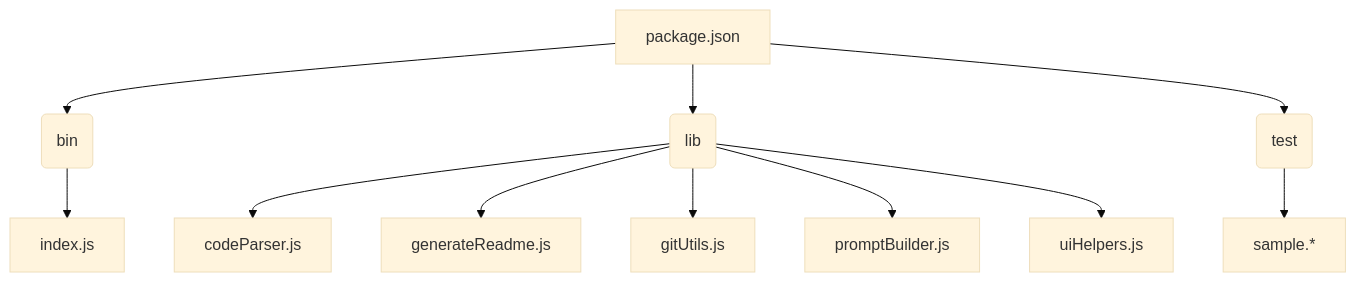
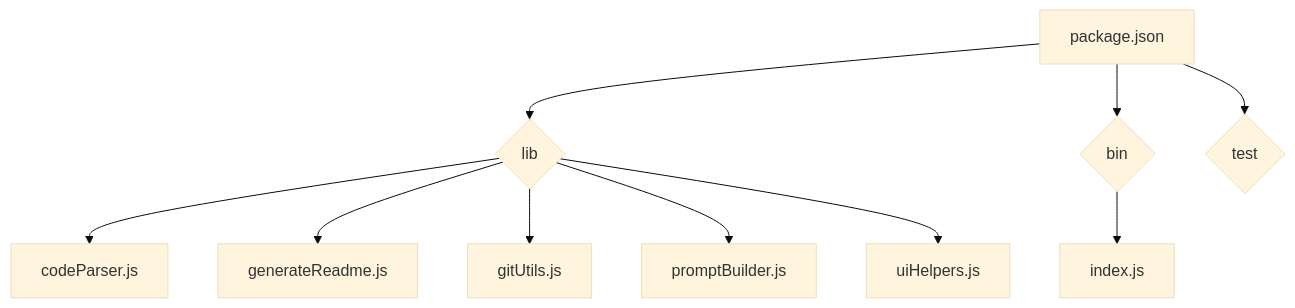
Before and after one commit to PIYUSH1SAINI/ReadMe-wiz: the second of 2 diagrams in README.md, drawn with Mermaid (base theme). The commit also changed other lines of this file and 2 other files, not shown here.

````diff
--- a/README.md
+++ b/README.md
@@ -54,14 +42,12 @@
 ```mermaid
 graph TD
-    A[package.json] --> B(bin);
-    B --> C[index.js];
-    A --> D(lib);
-    D --> E[codeParser.js];
-    D --> F[generateReadme.js];
-    D --> G[gitUtils.js];
-    D --> H[promptBuilder.js];
-    D --> I[uiHelpers.js];
-    A --> J(test);
-    J --> K[sample.*];
-
+    A[package.json] --> B{lib};
+    B --> C[codeParser.js];
+    B --> D[generateReadme.js];
+    B --> E[gitUtils.js];
+    B --> F[promptBuilder.js];
+    B --> G[uiHelpers.js];
+    A --> H{bin};
+    H --> I[index.js];
+    A --> J{test};
 ```
````
